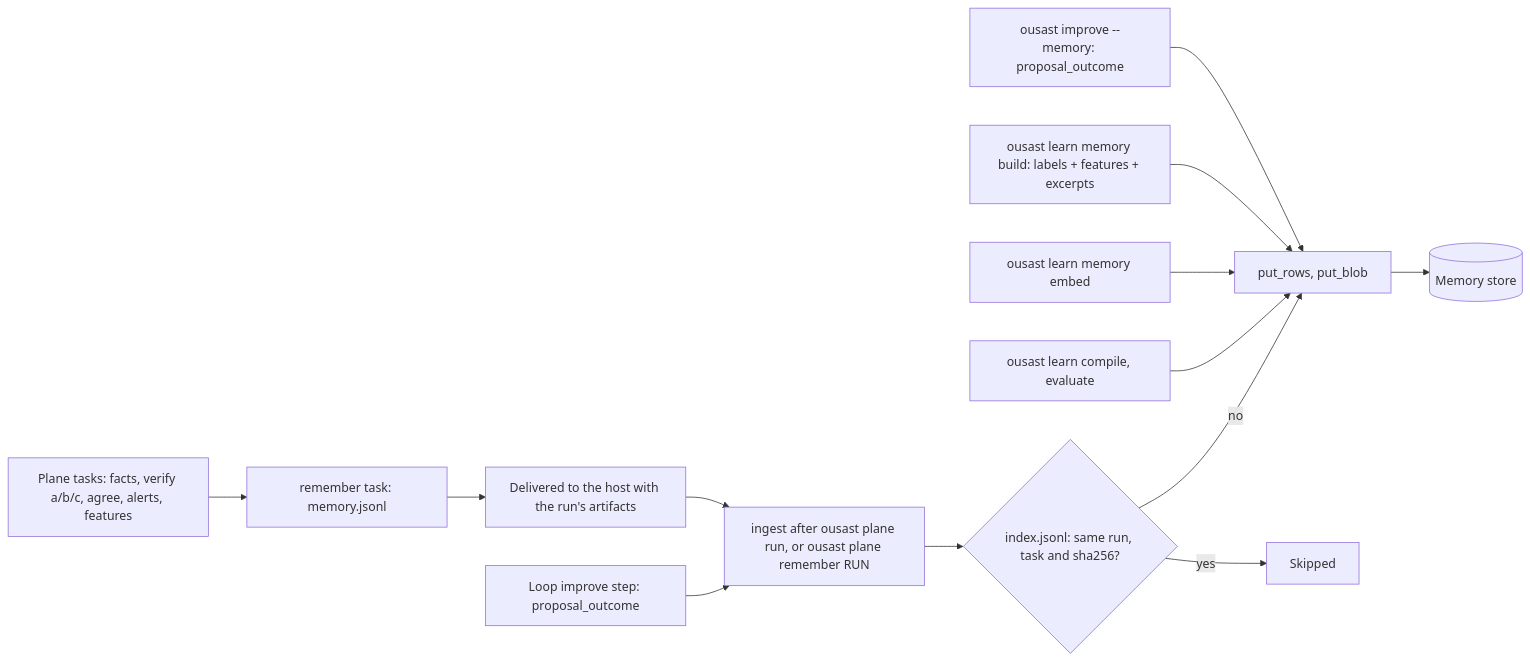
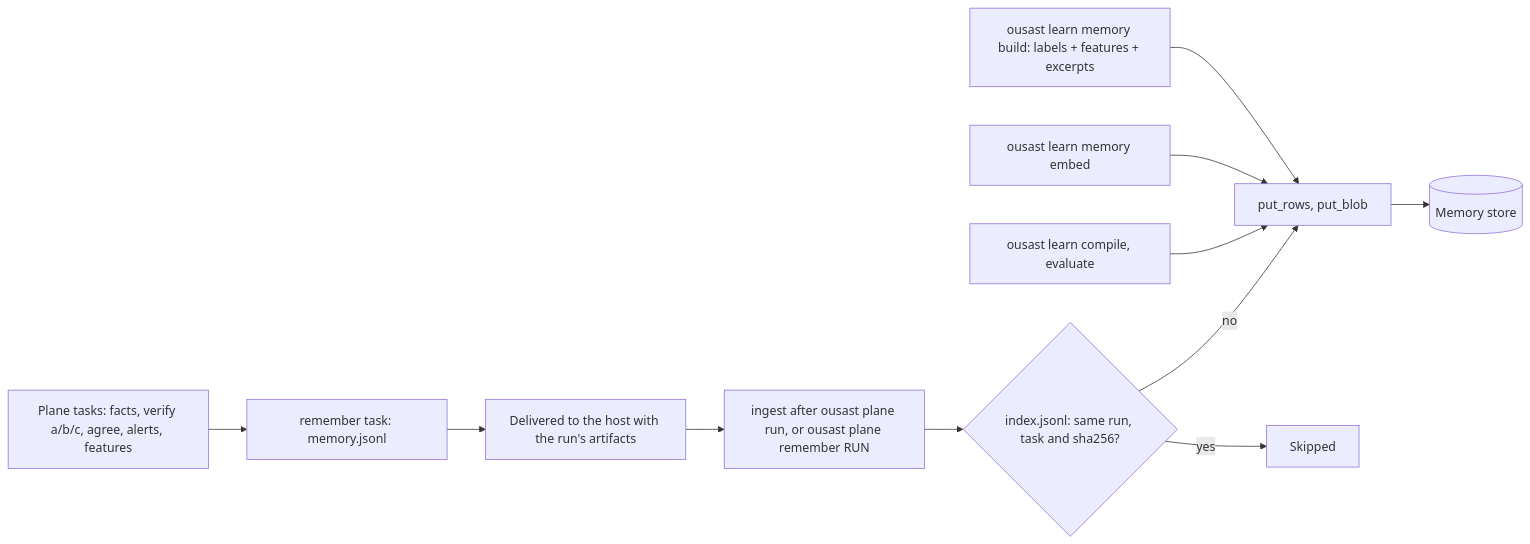
Before and after one commit to norandom/OpenUltraSAST: the first of 2 diagrams in docs/memory.md, drawn with Mermaid. The commit also changed other lines of this file and 31 other files, not shown here.

````diff
--- a/docs/memory.md
+++ b/docs/memory.md
@@ -50,15 +49,13 @@
 ```mermaid
 flowchart LR
     tasks["Plane tasks: facts, verify a/b/c, agree, alerts, features"] --> rem["remember task: memory.jsonl"]
     rem --> recv["Delivered to the host with the run's artifacts"]
     recv --> ingest["ingest after ousast plane run, or ousast plane remember RUN"]
-    loop["Loop improve step: proposal_outcome"] --> ingest
-    improve["ousast improve --memory: proposal_outcome"] --> put
     build["ousast learn memory build: labels + features + excerpts"] --> put["put_rows, put_blob"]
     embed["ousast learn memory embed"] --> put
     compile["ousast learn compile, evaluate"] --> put
     ingest --> idx{"index.jsonl: same run, task and sha256?"}
     idx -- "yes" --> skip["Skipped"]
     idx -- "no" --> put
     put --> store[("Memory store")]
 ```
````
